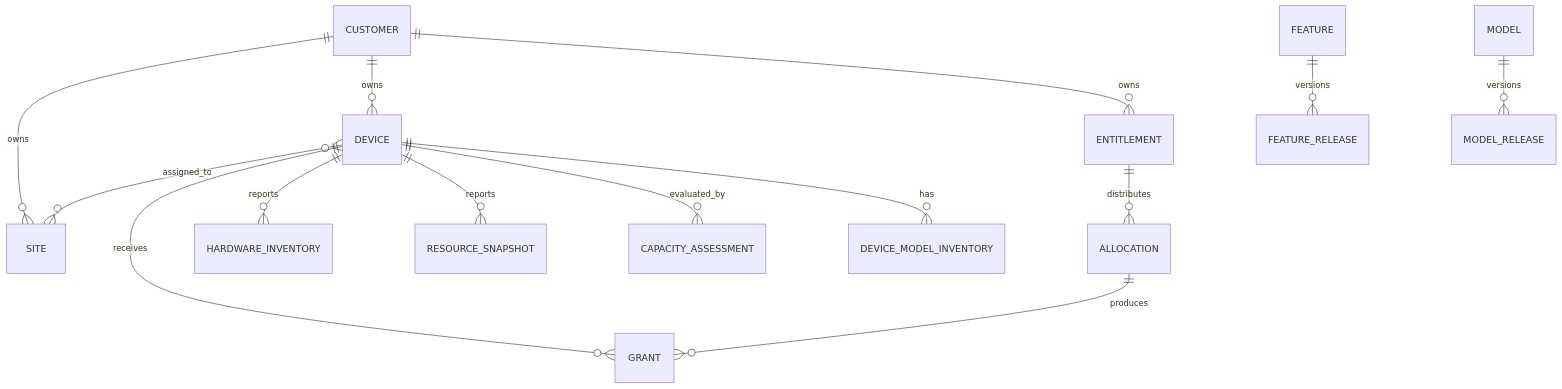
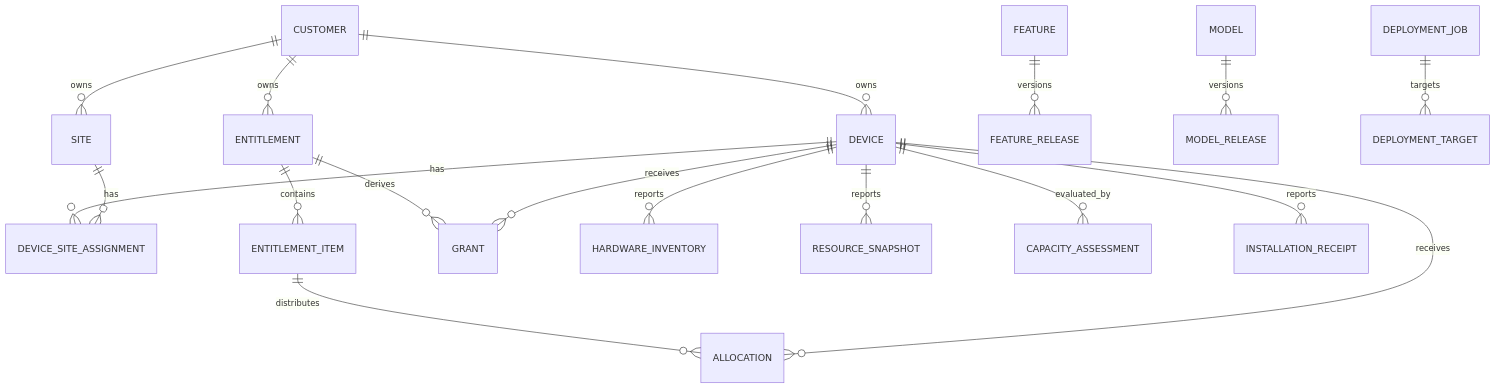
One commit to Niranjan1005/lms changed the diagram in docs/backend/database.md. Above: the diagram before and after it, drawn with Mermaid. The commit also changed other lines of this file, not shown here.

Commit message:
docs: deepen database architecture and invariants

```diff
--- a/docs/backend/database.md
+++ b/docs/backend/database.md
@@ -3,16 +7,20 @@
 ~~~mermaid
 erDiagram
     CUSTOMER ||--o{ SITE : owns
     CUSTOMER ||--o{ DEVICE : owns
-    DEVICE }o--o{ SITE : assigned_to
+    DEVICE ||--o{ DEVICE_SITE_ASSIGNMENT : has
+    SITE ||--o{ DEVICE_SITE_ASSIGNMENT : has
     CUSTOMER ||--o{ ENTITLEMENT : owns
-    ENTITLEMENT ||--o{ ALLOCATION : distributes
-    ALLOCATION ||--o{ GRANT : produces
+    ENTITLEMENT ||--o{ ENTITLEMENT_ITEM : contains
+    ENTITLEMENT_ITEM ||--o{ ALLOCATION : distributes
+    DEVICE ||--o{ ALLOCATION : receives
+    ENTITLEMENT ||--o{ GRANT : derives
     DEVICE ||--o{ GRANT : receives
     DEVICE ||--o{ HARDWARE_INVENTORY : reports
     DEVICE ||--o{ RESOURCE_SNAPSHOT : reports
     DEVICE ||--o{ CAPACITY_ASSESSMENT : evaluated_by
     FEATURE ||--o{ FEATURE_RELEASE : versions
     MODEL ||--o{ MODEL_RELEASE : versions
-    DEVICE ||--o{ DEVICE_MODEL_INVENTORY : has
+    DEPLOYMENT_JOB ||--o{ DEPLOYMENT_TARGET : targets
+    DEVICE ||--o{ INSTALLATION_RECEIPT : reports
 ~~~
```
